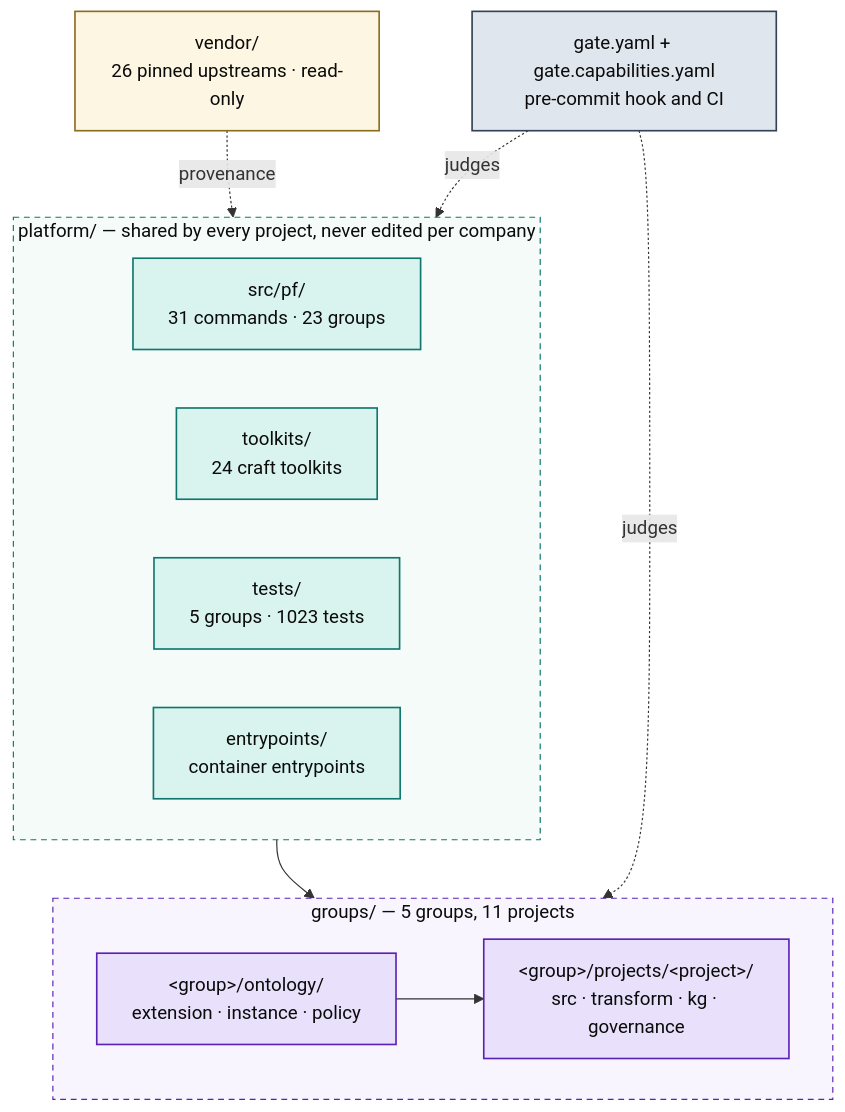
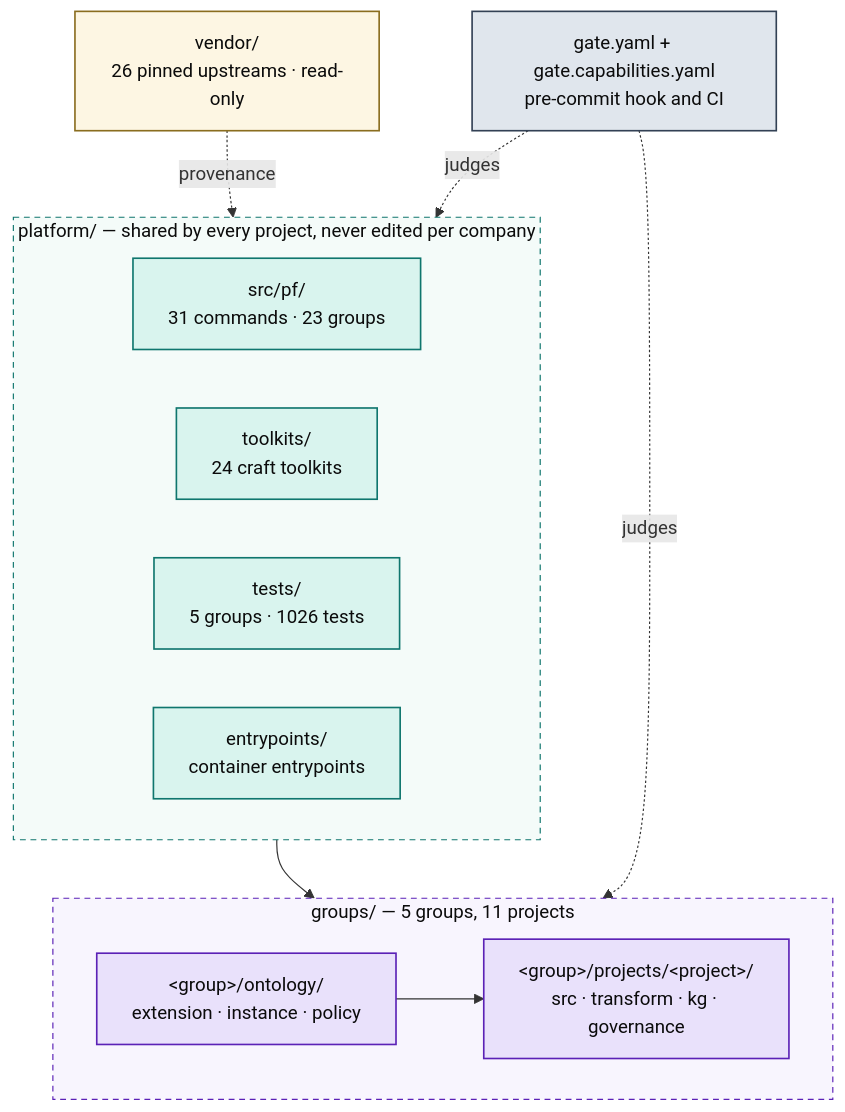
The first of 5 diagrams in docs/ARCHITECTURE.md (Atomz-org/data-platform), drawn with Mermaid before and after one commit. The commit also changed other lines of this file and 1 other file, not shown here.

Commit message:
Carry the three new tests into the map and the guide

````diff
--- a/docs/ARCHITECTURE.md
+++ b/docs/ARCHITECTURE.md
@@ -15,36 +15,36 @@
 ```mermaid
 flowchart TB
   subgraph SHARED["platform/ — shared by every project, never edited per company"]
     direction LR
     ENG["src/pf/<br/>31 commands · 23 groups"]
     TK["toolkits/<br/>24 craft toolkits"]
-    TST["tests/<br/>5 groups · 1023 tests"]
+    TST["tests/<br/>5 groups · 1026 tests"]
     ENT["entrypoints/<br/>container entrypoints"]
   end
 
   subgraph ENTITIES["groups/ — 5 groups, 11 projects"]
     direction LR
     GRP["&lt;group&gt;/ontology/<br/>extension · instance · policy"]
     PRJ["&lt;group&gt;/projects/&lt;project&gt;/<br/>src · transform · kg · governance"]
     GRP --> PRJ
   end
 
   VEN["vendor/<br/>26 pinned upstreams · read-only"]
   GATE["gate.yaml + gate.capabilities.yaml<br/>pre-commit hook and CI"]
 
   SHARED --> ENTITIES
   VEN -.provenance.-> SHARED
   GATE -.judges.-> ENTITIES
   GATE -.judges.-> SHARED
 
   classDef code fill:#d9f4ee,stroke:#0f766e,stroke-width:1.4px,color:#0b0b0b
   classDef data fill:#e9e1fb,stroke:#5b21b6,stroke-width:1.4px,color:#0b0b0b
   classDef gov fill:#e0e6ed,stroke:#334155,stroke-width:1.4px,color:#0b0b0b
   classDef ext fill:#fdf6e3,stroke:#8a6d1f,stroke-width:1.4px,color:#0b0b0b
   class ENG,TK,TST,ENT code
   class GRP,PRJ data
   class GATE gov
   class VEN ext
   style SHARED fill:#f4fbf9,stroke:#0f766e,stroke-dasharray:5 4,color:#0b0b0b
   style ENTITIES fill:#f8f5fe,stroke:#5b21b6,stroke-dasharray:5 4,color:#0b0b0b
 ```
````
